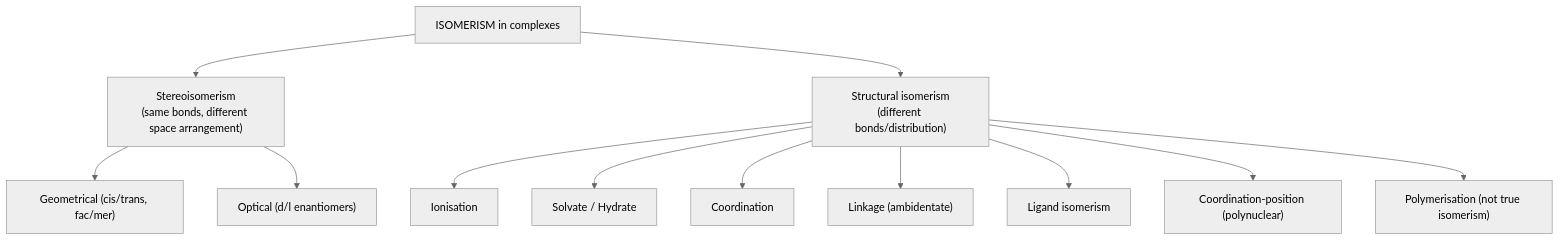
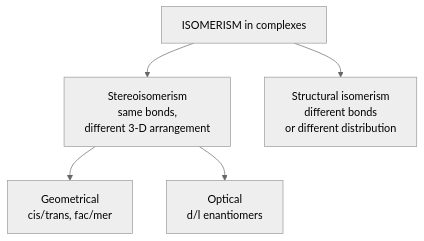
Before and after one commit to SurajGupta2009/Chem_JEEAd_notes: the third of 6 diagrams in Inorganic-Chemistry/08-Coordination-Compounds/notes.md, drawn with Mermaid (neutral theme). The commit also changed other lines of this file and 60 other files, not shown here.

````diff
--- a/Inorganic-Chemistry/08-Coordination-Compounds/notes.md
+++ b/Inorganic-Chemistry/08-Coordination-Compounds/notes.md
@@ -275,14 +281,7 @@
 ```mermaid
 flowchart TD
-    I["ISOMERISM in complexes"] --> S["Stereoisomerism<br>(same bonds, different space arrangement)"]
-    I --> T["Structural isomerism<br>(different bonds/distribution)"]
-    S --> G["Geometrical (cis/trans, fac/mer)"]
-    S --> O["Optical (d/l enantiomers)"]
-    T --> ION["Ionisation"]
-    T --> HYD["Solvate / Hydrate"]
-    T --> COO["Coordination"]
-    T --> LIN["Linkage (ambidentate)"]
-    T --> LIG["Ligand isomerism"]
-    T --> POS["Coordination-position (polynuclear)"]
-    T --> POL["Polymerisation (not true isomerism)"]
+    I["ISOMERISM in complexes"] --> S["Stereoisomerism<br>same bonds,<br>different 3-D arrangement"]
+    I --> T["Structural isomerism<br>different bonds<br>or different distribution"]
+    S --> G["Geometrical<br>cis/trans, fac/mer"]
+    S --> O["Optical<br>d/l enantiomers"]
 ```
````
